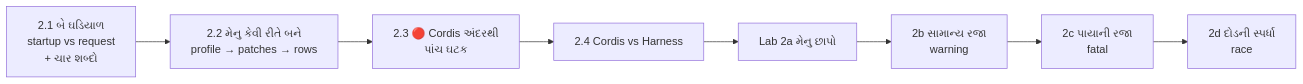
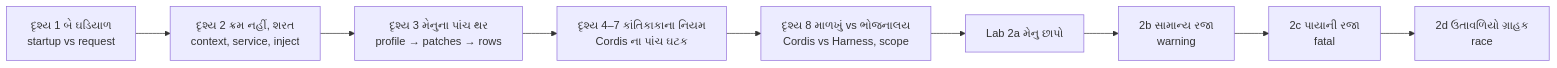
The first of 5 diagrams in book/02-cordis-plugin-architecture.md (vrajkher/DeepSeekHarnessBookNEW), drawn with Mermaid before and after one commit. The commit also changed other lines of this file and 15 other files, not shown here.

````diff
--- a/book/02-cordis-plugin-architecture.md
+++ b/book/02-cordis-plugin-architecture.md
@@ -33,10 +18,11 @@
 ```mermaid
 flowchart LR
-  A["2.1 બે ઘડિયાળ<br/>startup vs request<br/>+ ચાર શબ્દો"] --> B["2.2 મેનુ કેવી રીતે બને<br/>profile → patches → rows"]
-  B --> C["2.3 🔴 Cordis અંદરથી<br/>પાંચ ઘટક"]
-  C --> D["2.4 Cordis vs Harness"]
-  D --> E["Lab 2a મેનુ છાપો"]
-  E --> F["2b સામાન્ય રજા<br/>warning"]
-  F --> G["2c પાયાની રજા<br/>fatal"]
-  G --> H["2d દોડની સ્પર્ધા<br/>race"]
+  A["દૃશ્ય 1 બે ઘડિયાળ<br/>startup vs request"] --> B["દૃશ્ય 2 ક્રમ નહીં, શરત<br/>context, service, inject"]
+  B --> C["દૃશ્ય 3 મેનુના પાંચ થર<br/>profile → patches → rows"]
+  C --> D["દૃશ્ય 4–7 કાંતિકાકાના નિયમ<br/>Cordis ના પાંચ ઘટક"]
+  D --> E["દૃશ્ય 8 માળખું vs ભોજનાલય<br/>Cordis vs Harness, scope"]
+  E --> F["Lab 2a મેનુ છાપો"]
+  F --> G["2b સામાન્ય રજા<br/>warning"]
+  G --> H["2c પાયાની રજા<br/>fatal"]
+  H --> I["2d ઉતાવળિયો ગ્રાહક<br/>race"]
 ```
````
